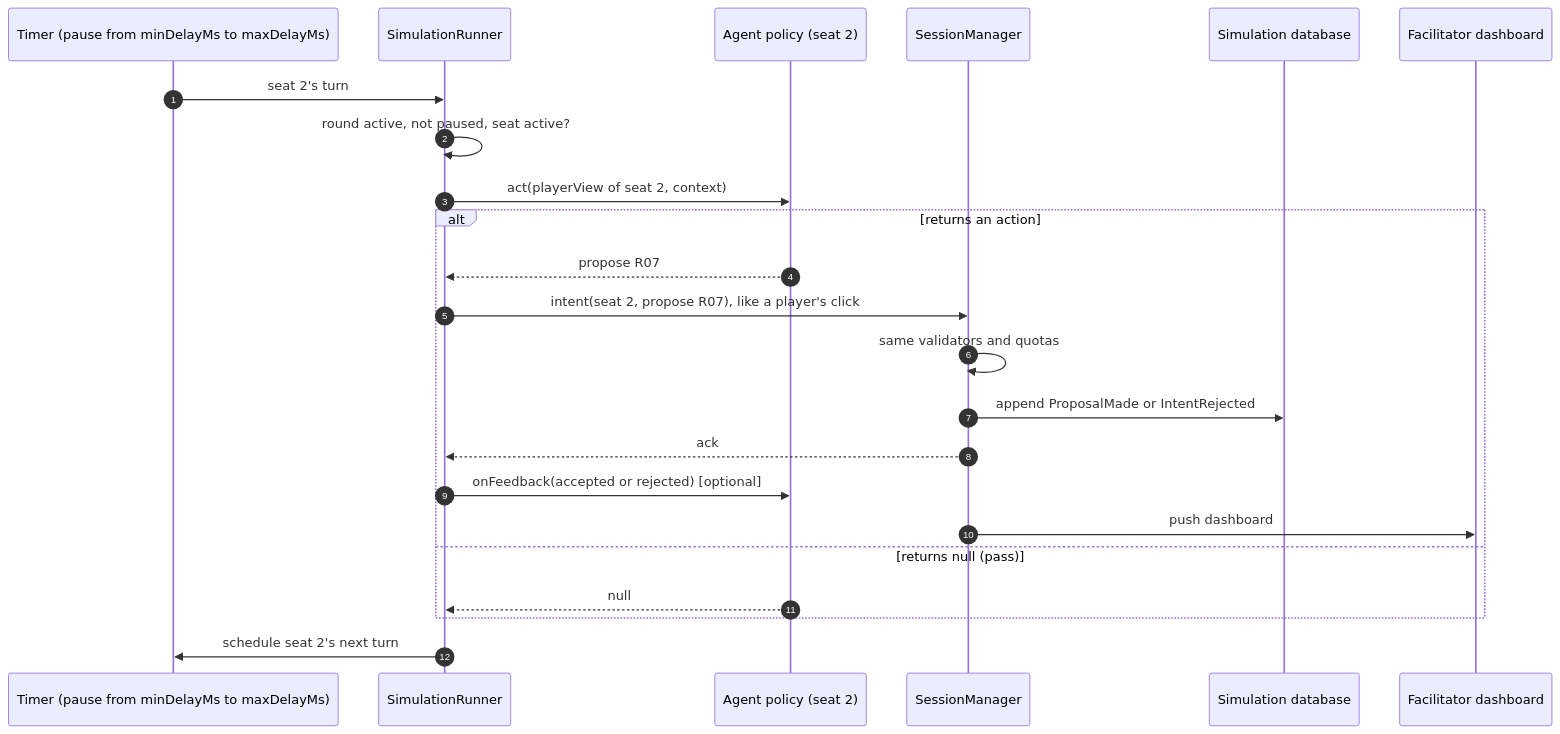
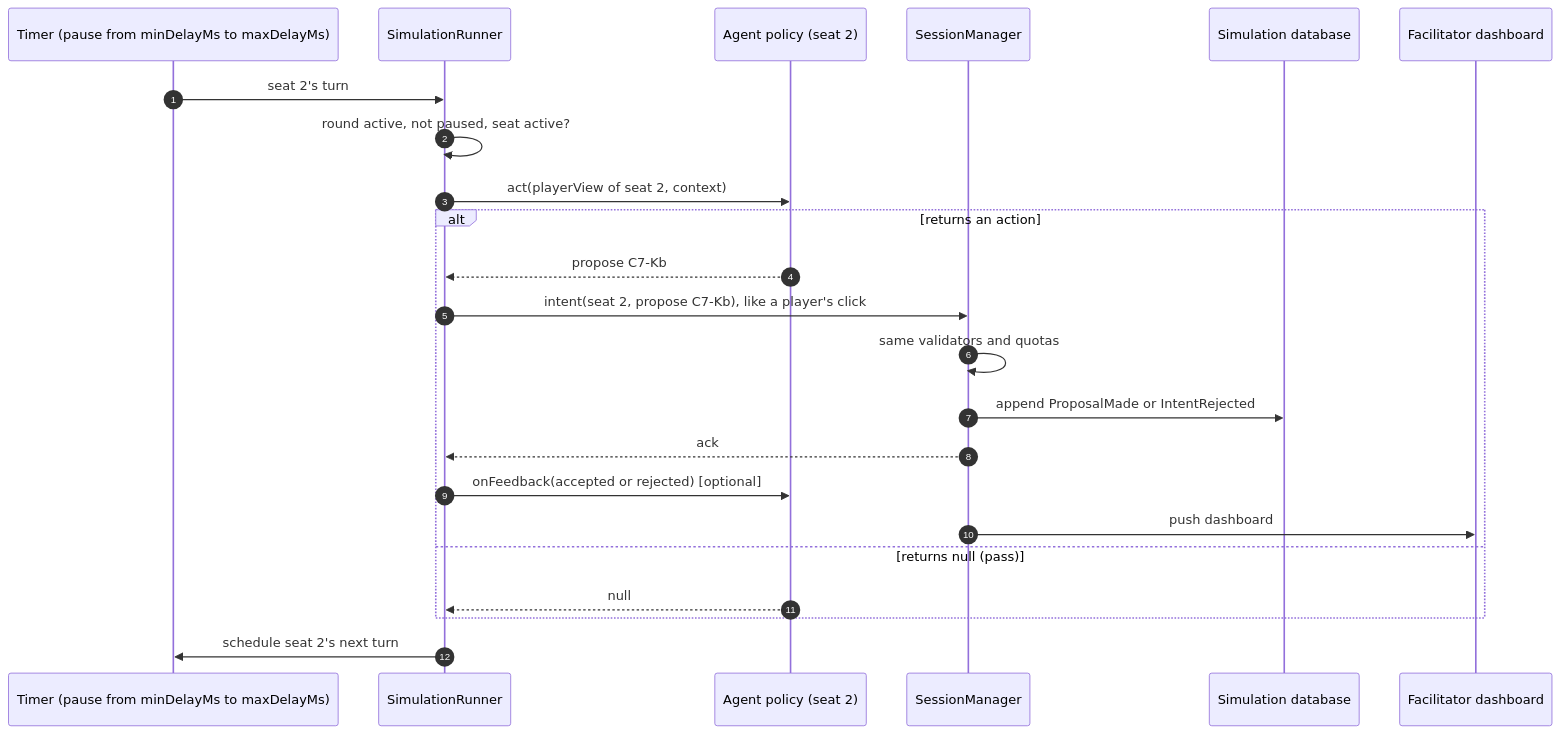
Before and after one commit to xy-zak/WhoKnowsWhoActs: the seventh of 8 diagrams in docs/ARCHITECTURE.md, drawn with Mermaid. The commit also changed other lines of this file and 72 other files, not shown here.

````diff
--- a/docs/ARCHITECTURE.md
+++ b/docs/ARCHITECTURE.md
@@ -497,25 +518,25 @@
 ```mermaid
 sequenceDiagram
   autonumber
   participant T as Timer (pause from minDelayMs to maxDelayMs)
   participant RUN as SimulationRunner
   participant P as Agent policy (seat 2)
   participant SM as SessionManager
   participant DB as Simulation database
   participant F as Facilitator dashboard
   T->>RUN: seat 2's turn
   RUN->>RUN: round active, not paused, seat active?
   RUN->>P: act(playerView of seat 2, context)
   alt returns an action
-    P-->>RUN: propose R07
-    RUN->>SM: intent(seat 2, propose R07), like a player's click
+    P-->>RUN: propose C7-Kb
+    RUN->>SM: intent(seat 2, propose C7-Kb), like a player's click
     SM->>SM: same validators and quotas
     SM->>DB: append ProposalMade or IntentRejected
     SM-->>RUN: ack
     RUN->>P: onFeedback(accepted or rejected) [optional]
     SM->>F: push dashboard
   else returns null (pass)
     P-->>RUN: null
   end
   RUN->>T: schedule seat 2's next turn
 ```
````
